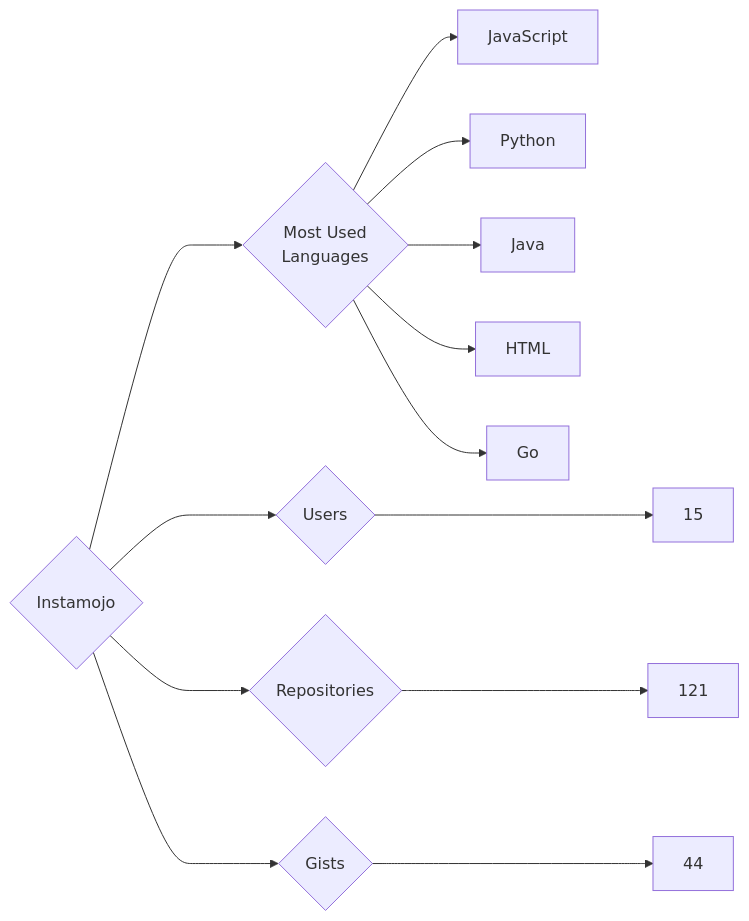
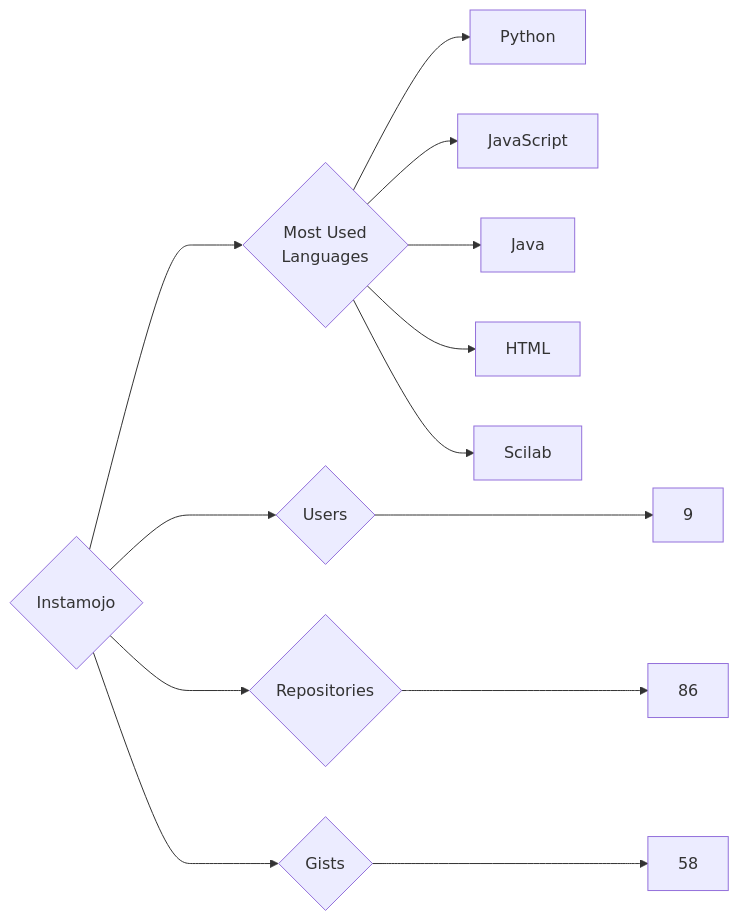
Before and after one commit to trickest/insiders: the diagram in targets/Instamojo/README.md, drawn with Mermaid. The commit also changed 873 other files, not shown here.

````diff
--- a/targets/Instamojo/README.md
+++ b/targets/Instamojo/README.md
@@ -3,13 +3,13 @@
 ```mermaid
 graph LR
 COMPANY_NAME{Instamojo}
-COMPANY_NAME ---> U{Users} ---> UN[15]
-COMPANY_NAME ---> R{Repositories} ---> RN[121]
-COMPANY_NAME ---> G{Gists} ---> GN[44]
+COMPANY_NAME ---> U{Users} ---> UN[9]
+COMPANY_NAME ---> R{Repositories} ---> RN[86]
+COMPANY_NAME ---> G{Gists} ---> GN[58]
 COMPANY_NAME ---> ML{Most Used<br>Languages}
+ML --> Python[Python]
 ML --> JavaScript[JavaScript]
-ML --> Python[Python]
 ML --> Java[Java]
 ML --> HTML[HTML]
-ML --> Go[Go]
+ML --> Scilab[Scilab]
 ```
````
